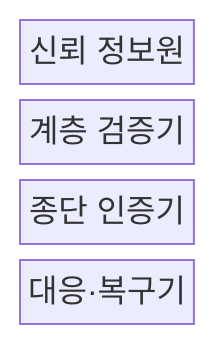
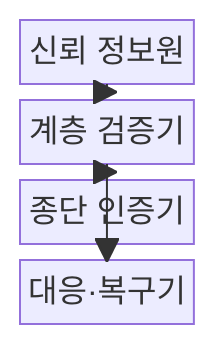
One commit to agnusdei1207/knowledge-base changed the first of 2 diagrams in src/content/docs/notes/04-network/086_network_spoofing.md. Above: the diagram before and after it, drawn with Mermaid. The commit also changed other lines of this file and 20 other files, not shown here.

````diff
--- a/src/content/docs/notes/04-network/086_network_spoofing.md
+++ b/src/content/docs/notes/04-network/086_network_spoofing.md
@@ -54,8 +59,11 @@
 ```mermaid
 block-beta
     columns 1
     SOURCE["신뢰 정보원"]
     LAYER["계층 검증기"]
     ENDPOINT["종단 인증기"]
     RECOVERY["대응·복구기"]
+    SOURCE --> LAYER
+    LAYER --> ENDPOINT
+    LAYER --> RECOVERY
 ```
````
